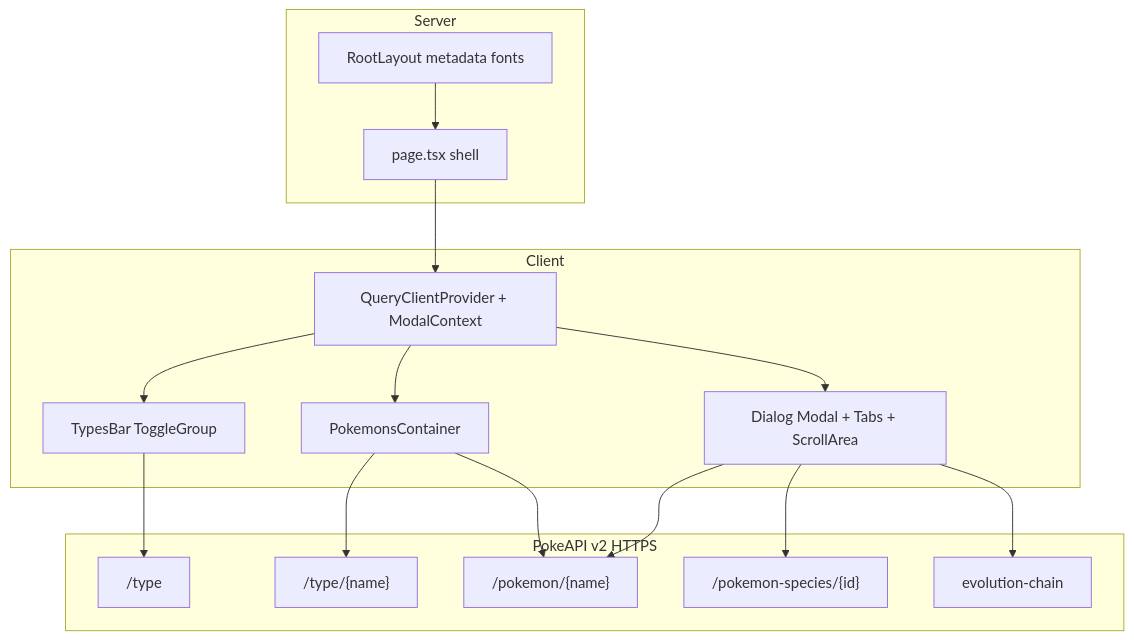
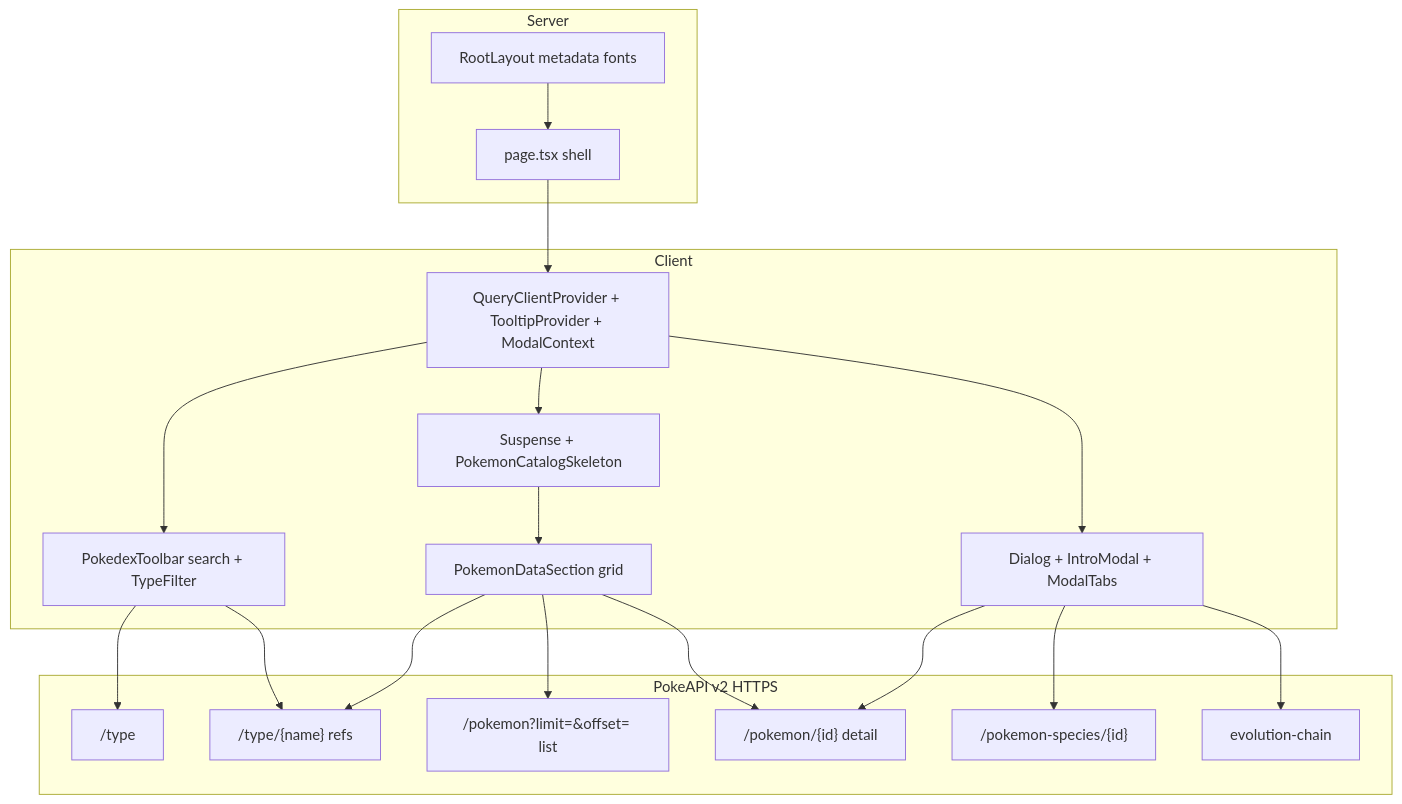
One commit to quang1225/pokeapi-nextjs changed the diagram in docs/pokedex-plan.md. Above: the diagram before and after it, drawn with Mermaid. The commit also changed other lines of this file and 9 other files, not shown here.

````diff
--- a/docs/pokedex-plan.md
+++ b/docs/pokedex-plan.md
@@ -32,31 +32,36 @@
 ```mermaid
 flowchart TB
   subgraph server [Server]
     layout[RootLayout metadata fonts]
     page[page.tsx shell]
   end
   subgraph client [Client]
-    providers[QueryClientProvider + ModalContext]
-    typesBar[TypesBar ToggleGroup]
-    grid[PokemonsContainer]
-    modal[Dialog Modal + Tabs + ScrollArea]
+    providers["QueryClientProvider + TooltipProvider + ModalContext"]
+    toolbar[PokedexToolbar search + TypeFilter]
+    suspense[Suspense + PokemonCatalogSkeleton]
+    grid[PokemonDataSection grid]
+    modal["Dialog + IntroModal + ModalTabs"]
   end
   subgraph api [PokeAPI v2 HTTPS]
     typeList["/type"]
-    typeDetail["/type/{name}"]
-    pokemon["/pokemon/{name}"]
+    typeDetail["/type/{name} refs"]
+    pokeIndex["/pokemon?limit=&offset= list"]
+    pokemon["/pokemon/{id} detail"]
     species["/pokemon-species/{id}"]
     chain["evolution-chain"]
   end
   layout --> page
   page --> providers
-  providers --> typesBar
-  providers --> grid
+  providers --> toolbar
+  providers --> suspense
+  suspense --> grid
   providers --> modal
-  typesBar --> typeList
+  toolbar --> typeList
+  toolbar --> typeDetail
   grid --> typeDetail
+  grid --> pokeIndex
   grid --> pokemon
   modal --> pokemon
   modal --> species
   modal --> chain
 ```
````
